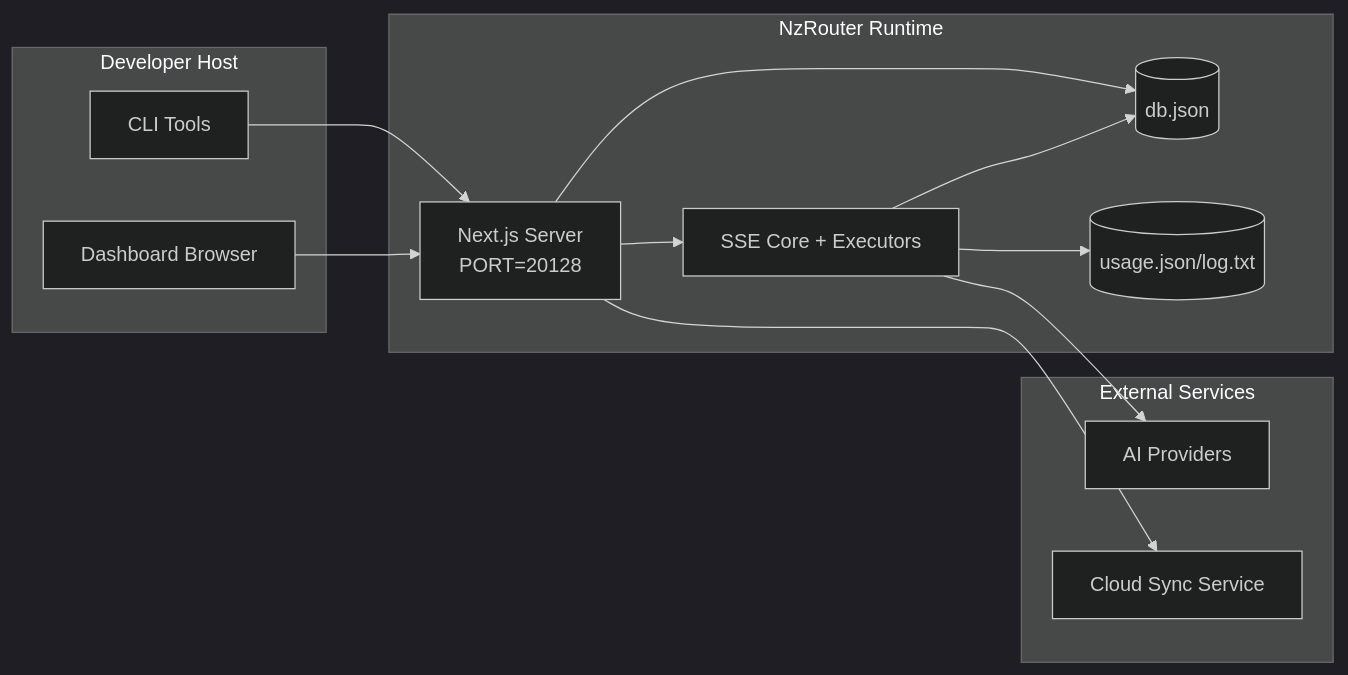
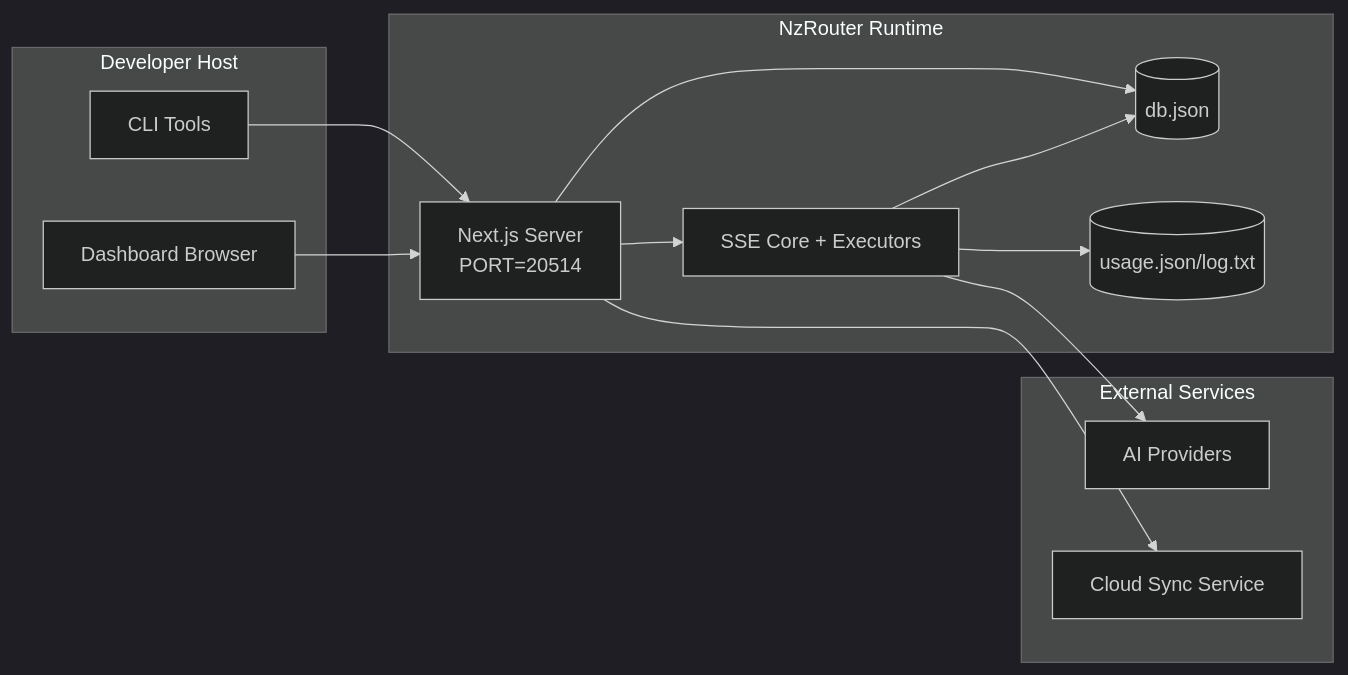
One commit to N4tzzOfficial/NzRouter changed the seventh of 7 diagrams in docs/ARCHITECTURE.md. Above: the diagram before and after it, drawn with Mermaid (dark theme). The commit also changed other lines of this file and 166 other files, not shown here.

````diff
--- a/docs/ARCHITECTURE.md
+++ b/docs/ARCHITECTURE.md
@@ -387,28 +387,28 @@
 ```mermaid
 flowchart LR
     subgraph LocalHost[Developer Host]
         CLI[CLI Tools]
         Browser[Dashboard Browser]
     end
 
     subgraph ContainerOrProcess[NzRouter Runtime]
-        Next[Next.js Server\nPORT=20128]
+        Next[Next.js Server\nPORT=20514]
         Core[SSE Core + Executors]
         MainDB[(db.json)]
         UsageDB[(usage.json/log.txt)]
     end
 
     subgraph External[External Services]
         Providers[AI Providers]
         SyncCloud[Cloud Sync Service]
     end
 
     CLI --> Next
     Browser --> Next
     Next --> Core
     Next --> MainDB
     Core --> MainDB
     Core --> UsageDB
     Core --> Providers
     Next --> SyncCloud
 ```
````
